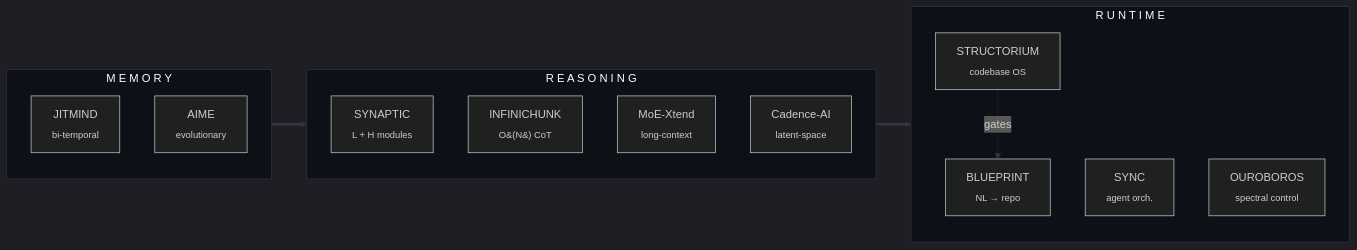
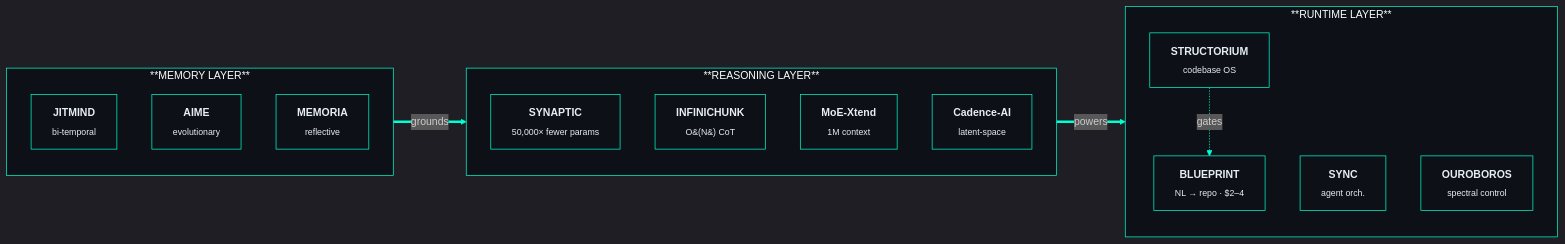
The diagram in README.md (DivyamTalwar/DivyamTalwar), drawn with Mermaid before and after one commit. The commit also changed other lines of this file and 2 other files, not shown here.

````diff
--- a/README.md
+++ b/README.md
@@ -150,25 +155,29 @@
 ```mermaid
-%%{init: {'theme':'dark','themeVariables':{'background':'#0d1117','primaryColor':'#0d1117','primaryBorderColor':'#00FFD1','primaryTextColor':'#e6edf3','lineColor':'#30363d','secondaryColor':'#161b22','tertiaryColor':'#0d1117','clusterBkg':'#0d1117','clusterBorder':'#30363d','fontFamily':'JetBrains Mono, ui-monospace, monospace'}}}%%
+%%{init: {'theme':'dark','themeVariables':{'background':'#0d1117','primaryColor':'#0d1117','primaryBorderColor':'#00FFD1','primaryTextColor':'#e6edf3','lineColor':'#00FFD1','secondaryColor':'#161b22','tertiaryColor':'#0d1117','clusterBkg':'#0d1117','clusterBorder':'#00FFD1','fontFamily':'JetBrains Mono, ui-monospace, monospace','fontSize':'15px'}}}%%
 flowchart LR
-  subgraph MEMORY[ M E M O R Y ]
+  subgraph MEMORY[**MEMORY LAYER**]
     direction TB
-    JITMIND[JITMIND<br/><sub>bi-temporal</sub>]
-    AIME[AIME<br/><sub>evolutionary</sub>]
+    JITMIND[<b>JITMIND</b><br/><sub>bi-temporal</sub>]
+    AIME[<b>AIME</b><br/><sub>evolutionary</sub>]
+    MEMORIA[<b>MEMORIA</b><br/><sub>reflective</sub>]
   end
-  subgraph REASONING[ R E A S O N I N G ]
+  subgraph REASONING[**REASONING LAYER**]
     direction TB
-    SYNAPTIC[SYNAPTIC<br/><sub>L + H modules</sub>]
-    INFINICHUNK[INFINICHUNK<br/><sub>O&#40;N&#41; CoT</sub>]
-    MOE[MoE-Xtend<br/><sub>long-context</sub>]
-    CADENCE[Cadence-AI<br/><sub>latent-space</sub>]
+    SYNAPTIC[<b>SYNAPTIC</b><br/><sub>50,000× fewer params</sub>]
+    INFINICHUNK[<b>INFINICHUNK</b><br/><sub>O&#40;N&#41; CoT</sub>]
+    MOE[<b>MoE-Xtend</b><br/><sub>1M context</sub>]
+    CADENCE[<b>Cadence-AI</b><br/><sub>latent-space</sub>]
   end
-  subgraph RUNTIME[ R U N T I M E ]
+  subgraph RUNTIME[**RUNTIME LAYER**]
     direction TB
-    STRUCTORIUM[STRUCTORIUM<br/><sub>codebase OS</sub>]
-    BLUEPRINT[BLUEPRINT<br/><sub>NL → repo</sub>]
-    SYNC[SYNC<br/><sub>agent orch.</sub>]
-    OUROBOROS[OUROBOROS<br/><sub>spectral control</sub>]
+    STRUCTORIUM[<b>STRUCTORIUM</b><br/><sub>codebase OS</sub>]
+    BLUEPRINT[<b>BLUEPRINT</b><br/><sub>NL → repo · $2–4</sub>]
+    SYNC[<b>SYNC</b><br/><sub>agent orch.</sub>]
+    OUROBOROS[<b>OUROBOROS</b><br/><sub>spectral control</sub>]
   end
-  MEMORY ==> REASONING ==> RUNTIME
+  MEMORY ==>|grounds| REASONING
+  REASONING ==>|powers| RUNTIME
   STRUCTORIUM -.gates.-> BLUEPRINT
+  classDef def fill:#0d1117,stroke:#00FFD1,stroke-width:1px,color:#e6edf3;
+  class JITMIND,AIME,MEMORIA,SYNAPTIC,INFINICHUNK,MOE,CADENCE,STRUCTORIUM,BLUEPRINT,SYNC,OUROBOROS def;
 ```
````
